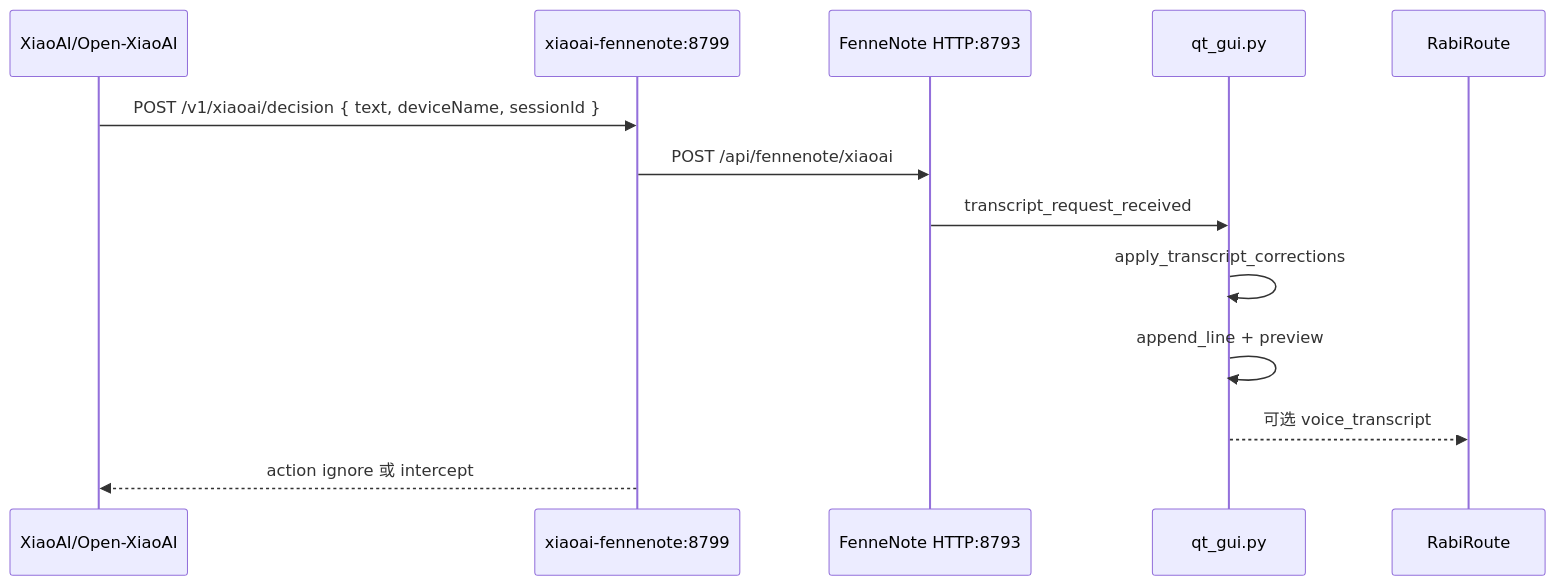
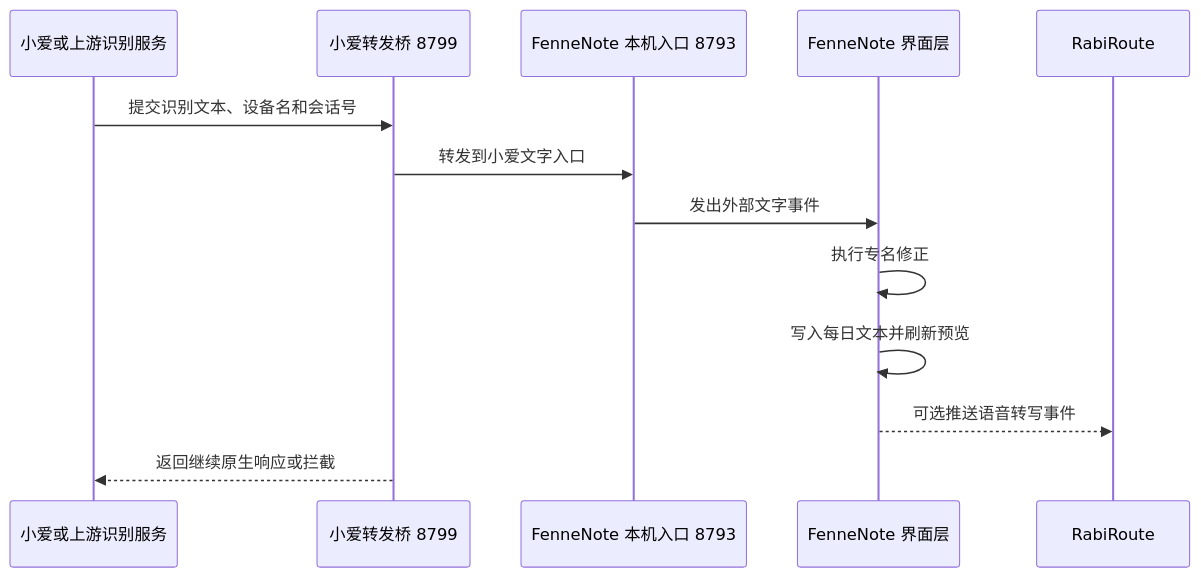
One commit to vb2250158/FenneNote changed the third of 3 diagrams in docs/RECORDING_TRANSCRIPTION_ARCHITECTURE.md. Above: the diagram before and after it, drawn with Mermaid. The commit also changed other lines of this file, not shown here.

First line of the commit message:
Localize recording architecture diagrams

````diff
--- a/docs/RECORDING_TRANSCRIPTION_ARCHITECTURE.md
+++ b/docs/RECORDING_TRANSCRIPTION_ARCHITECTURE.md
@@ -89,16 +89,16 @@
 ```mermaid
 sequenceDiagram
-  participant XA as XiaoAI/Open-XiaoAI
-  participant B as xiaoai-fennenote:8799
-  participant G as FenneNote HTTP:8793
-  participant UI as qt_gui.py
+  participant XA as 小爱或上游识别服务
+  participant B as 小爱转发桥 8799
+  participant G as FenneNote 本机入口 8793
+  participant UI as FenneNote 界面层
   participant RR as RabiRoute
 
-  XA->>B: POST /v1/xiaoai/decision { text, deviceName, sessionId }
-  B->>G: POST /api/fennenote/xiaoai
-  G->>UI: transcript_request_received
-  UI->>UI: apply_transcript_corrections
-  UI->>UI: append_line + preview
-  UI-->>RR: 可选 voice_transcript
-  B-->>XA: action ignore 或 intercept
+  XA->>B: 提交识别文本、设备名和会话号
+  B->>G: 转发到小爱文字入口
+  G->>UI: 发出外部文字事件
+  UI->>UI: 执行专名修正
+  UI->>UI: 写入每日文本并刷新预览
+  UI-->>RR: 可选推送语音转写事件
+  B-->>XA: 返回继续原生响应或拦截
 ```
````
